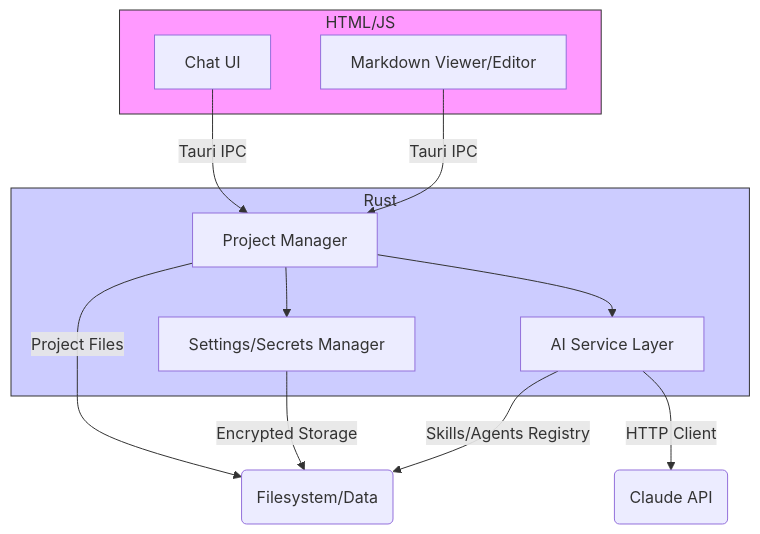
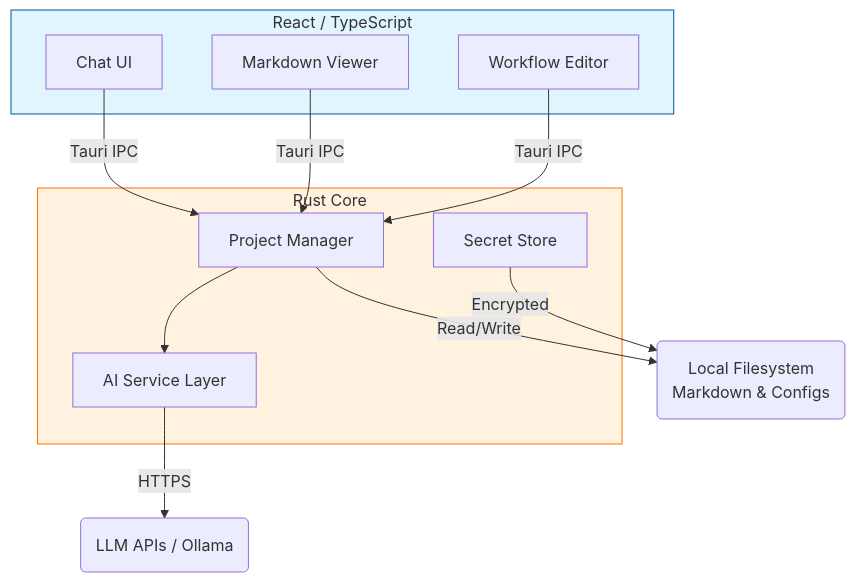
Before and after one commit to AIResearchFactory/ai-researcher: the diagram in README.md, drawn with Mermaid. The commit also changed other lines of this file and 1 other file, not shown here.

````diff
--- a/README.md
+++ b/README.md
@@ -57,25 +60,25 @@
 ```mermaid
 flowchart TD
-    subgraph Frontend [HTML/JS]
+    subgraph Frontend [React / TypeScript]
         A[Chat UI]
-        B[Markdown Viewer/Editor]
+        B[Markdown Viewer]
+        C[Workflow Editor]
     end
 
-    subgraph Backend [Rust]
-        C[Project Manager]
-        D[AI Service Layer]
-        E[Settings/Secrets Manager]
+    subgraph Backend [Rust Core]
+        D[Project Manager]
+        E[AI Service Layer]
+        F[Secret Store]
     end
 
-    A -->|Tauri IPC| C
-    B -->|Tauri IPC| C
-    C -->|Project Files| F(Filesystem/Data)
-    C --> D
-    C --> E
-    D -->|HTTP Client| G(Claude API)
-    E -->|Encrypted Storage| F
-    D -->|Skills/Agents Registry| F
+    A -->|Tauri IPC| D
+    B -->|Tauri IPC| D
+    C -->|Tauri IPC| D
+    D --> E
+    D -->|Read/Write| G(Local Filesystem\nMarkdown & Configs)
+    E -->|HTTPS| H(LLM APIs / Ollama)
+    F -->|Encrypted| G
     
-    style Frontend fill:#f9f,stroke:#333
-    style Backend fill:#ccf,stroke:#333
+    style Frontend fill:#e1f5fe,stroke:#01579b
+    style Backend fill:#fff3e0,stroke:#ff6f00
 ```
````
